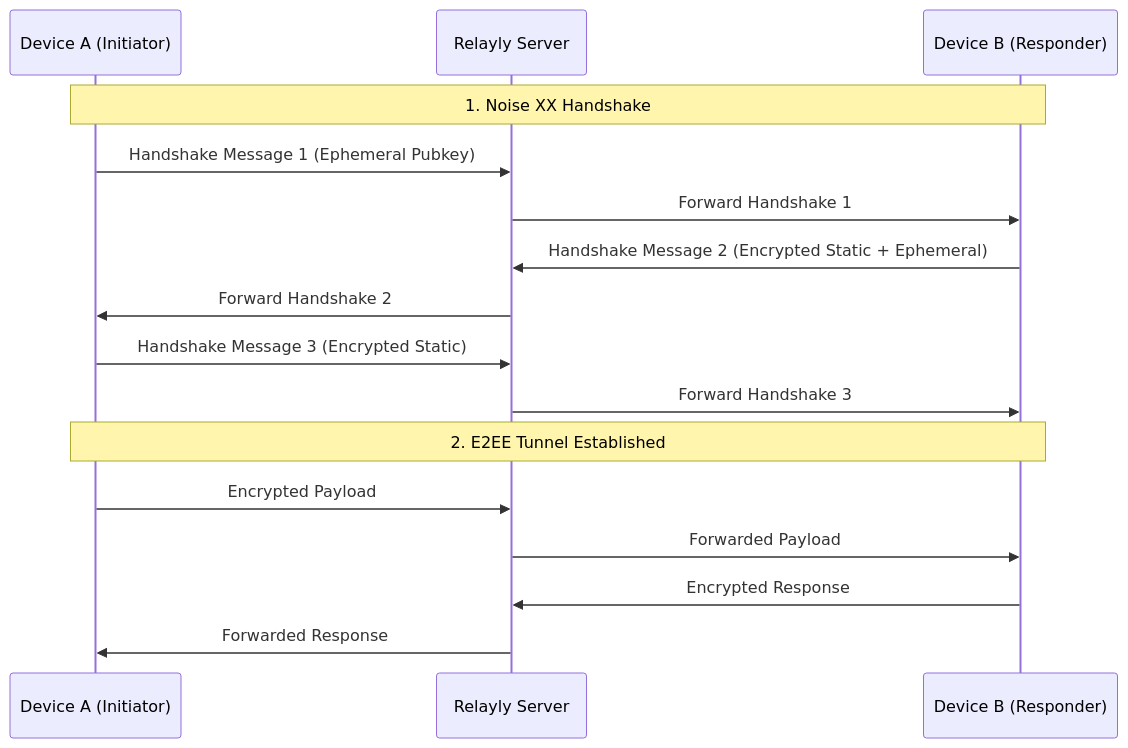
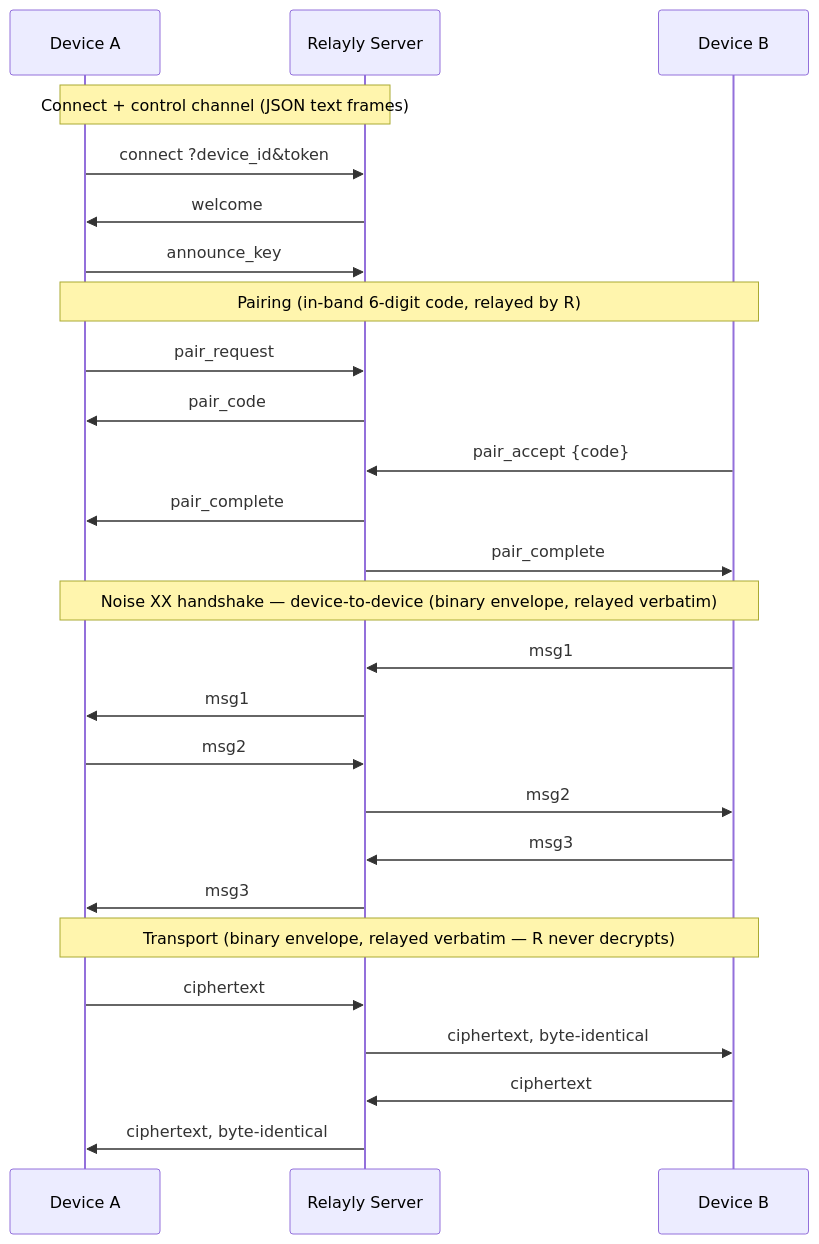
One commit to NIKX-Tech/relayly changed the second of 2 diagrams in README.md. Above: the diagram before and after it, drawn with Mermaid. The commit also changed other lines of this file and 191 other files, not shown here.

````diff
--- a/README.md
+++ b/README.md
@@ -68,20 +111,32 @@
 ```mermaid
 sequenceDiagram
-    participant A as Device A (Initiator)
+    participant A as Device A
     participant R as Relayly Server
-    participant B as Device B (Responder)
+    participant B as Device B
 
-    Note over A,B: 1. Noise XX Handshake
-    A->>R: Handshake Message 1 (Ephemeral Pubkey)
-    R->>B: Forward Handshake 1
-    B->>R: Handshake Message 2 (Encrypted Static + Ephemeral)
-    R->>A: Forward Handshake 2
-    A->>R: Handshake Message 3 (Encrypted Static)
-    R->>B: Forward Handshake 3
+    Note over A,R: Connect + control channel (JSON text frames)
+    A->>R: connect ?device_id&token
+    R->>A: welcome
+    A->>R: announce_key
 
-    Note over A,B: 2. E2EE Tunnel Established
-    A->>R: Encrypted Payload
-    R->>B: Forwarded Payload
-    B->>R: Encrypted Response
-    R->>A: Forwarded Response
+    Note over A,B: Pairing (in-band 6-digit code, relayed by R)
+    A->>R: pair_request
+    R->>A: pair_code
+    B->>R: pair_accept {code}
+    R->>A: pair_complete
+    R->>B: pair_complete
+
+    Note over A,B: Noise XX handshake — device-to-device (binary envelope, relayed verbatim)
+    B->>R: msg1
+    R->>A: msg1
+    A->>R: msg2
+    R->>B: msg2
+    B->>R: msg3
+    R->>A: msg3
+
+    Note over A,B: Transport (binary envelope, relayed verbatim — R never decrypts)
+    A->>R: ciphertext
+    R->>B: ciphertext, byte-identical
+    B->>R: ciphertext
+    R->>A: ciphertext, byte-identical
 ```
````
